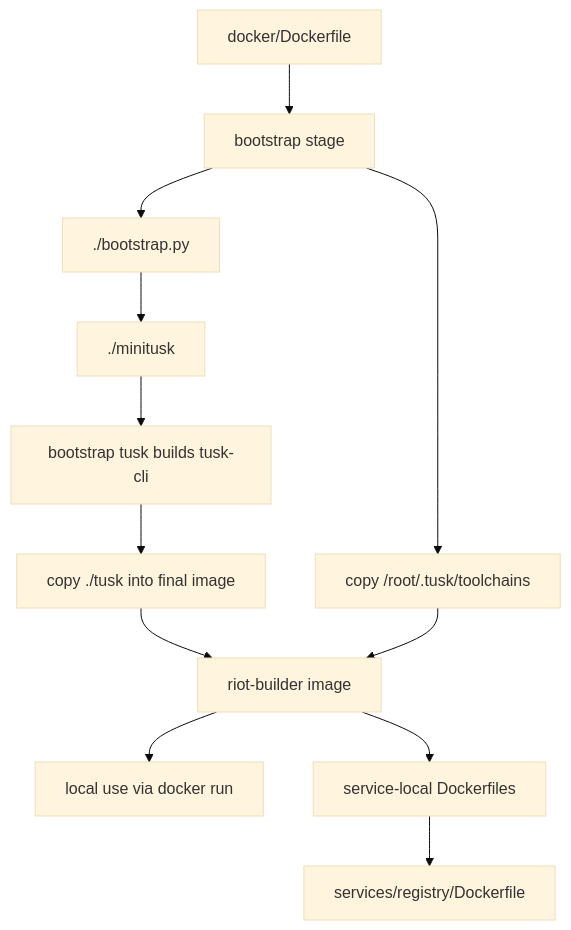
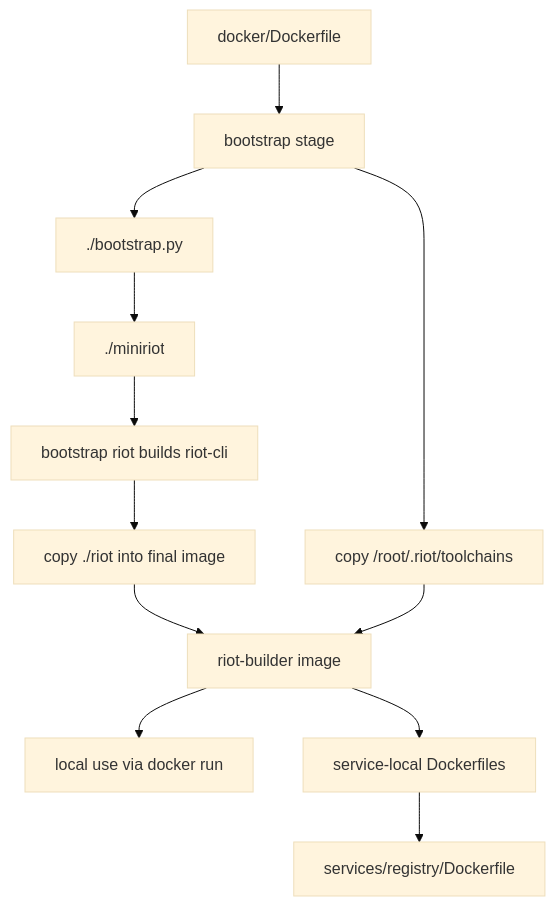
The diagram in docs/rfds/RFD0021-docker-stack-snapshot.md (leostera/riot-lang), drawn with Mermaid (base theme) before and after one commit. The commit also changed other lines of this file and 1272 other files, not shown here.

````diff
--- a/docs/rfds/RFD0021-docker-stack-snapshot.md
+++ b/docs/rfds/RFD0021-docker-stack-snapshot.md
@@ -81,14 +81,14 @@
 ```mermaid
 flowchart TD
   A[docker/Dockerfile] --> B[bootstrap stage]
   B --> C[./bootstrap.py]
-  C --> D[./minitusk]
-  D --> E[bootstrap tusk builds tusk-cli]
-  E --> F[copy ./tusk into final image]
-  B --> G[copy /root/.tusk/toolchains]
+  C --> D[./miniriot]
+  D --> E[bootstrap riot builds riot-cli]
+  E --> F[copy ./riot into final image]
+  B --> G[copy /root/.riot/toolchains]
   F --> H[riot-builder image]
   G --> H
   H --> I[local use via docker run]
   H --> J[service-local Dockerfiles]
   J --> K[services/registry/Dockerfile]
 ```
````
